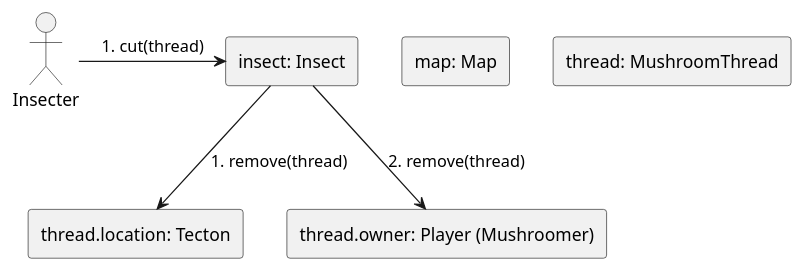
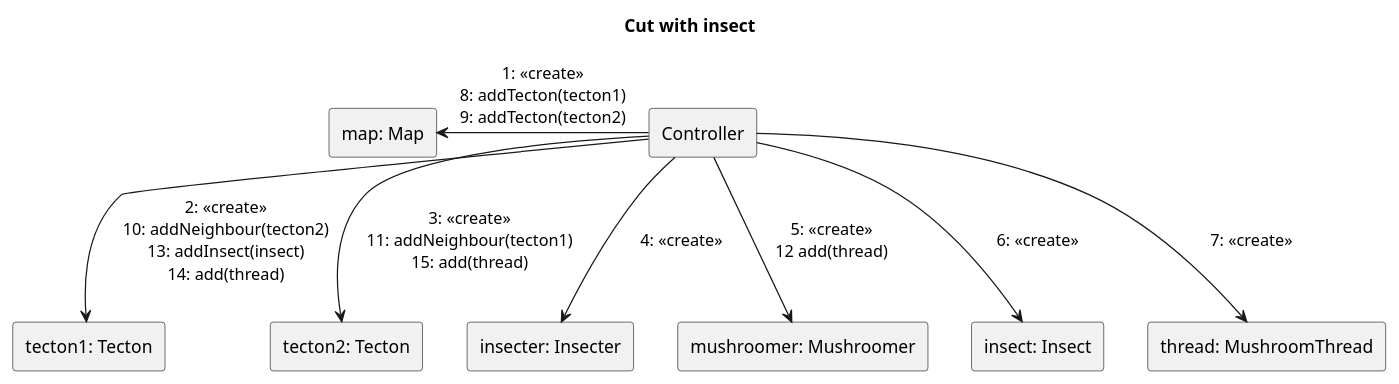
One commit to Petya-G/fungorium changed the diagram in 5/communication_diagrams/insecter/cut.puml. Above: the diagram before and after it, drawn with PlantUML. The commit also changed 2 other files, not shown here.

Commit message:
changed comm diagram

```diff
--- a/5/communication_diagrams/insecter/cut.puml
+++ b/5/communication_diagrams/insecter/cut.puml
@@ -5,16 +5,36 @@
 @startuml Cut with insect
+title Cut with insect 
 skinparam linestyle ortho
-actor Insecter 
+
+rectangle "Controller" as 0
+
 rectangle "map: Map" as 1
-rectangle "thread.location: Tecton" as 2.1
-rectangle "thread.owner: Player (Mushroomer)" as 2.2
-'rectangle "tecton2: Tecton" as 2.2
-rectangle "insect: Insect" as 3
-rectangle "thread: MushroomThread" as 4
 
-3 --> 2.1: 1. remove(thread)
-3 --> 2.2: 2. remove(thread)
+rectangle "tecton1: Tecton" as 2.1
+rectangle "tecton2: Tecton" as 2.2
 
-Insecter -right-> 3: 1. cut(thread)
+rectangle "insecter: Insecter" as 3.1
+rectangle "mushroomer: Mushroomer" as 3.2
+
+
+
+rectangle "insect: Insect" as 4
+
+rectangle "thread: MushroomThread" as 5
+0 -left-> 1: 1: <<create>>\n8: addTecton(tecton1)\n9: addTecton(tecton2)
+0 --> 2.1: 2: <<create>>\n10: addNeighbour(tecton2)\n13: addInsect(insect)\n14: add(thread)
+0 --> 2.2: 3: <<create>>\n11: addNeighbour(tecton1)\n15: add(thread)
+
+0 --> 3.1: 4: <<create>>
+0 --> 3.2: 5: <<create>>\n12 add(thread)
+
+0 --> 4: 6: <<create>>
+0 --> 5: 7: <<create>>
+
+'szerintem ezek nem is kellenek bele
+'1.1 --> 4: 7. cut(thread)
+
+'1.2 --> 2.1: 8. remove(thread)
+'1.2 --> 2.2: 9. remove(thread)
 
 @enduml
```
